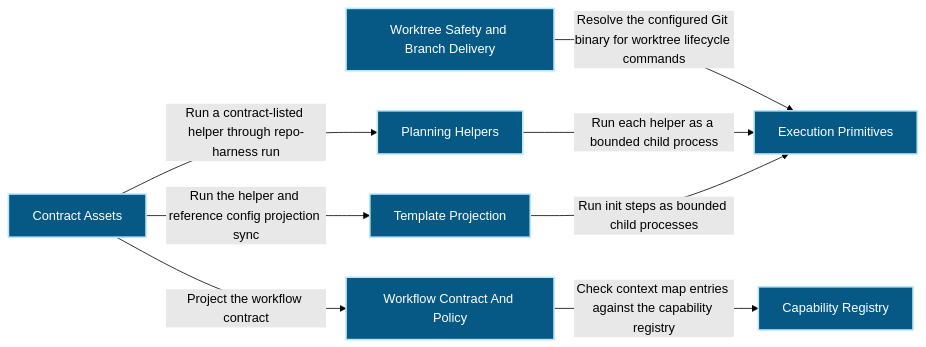
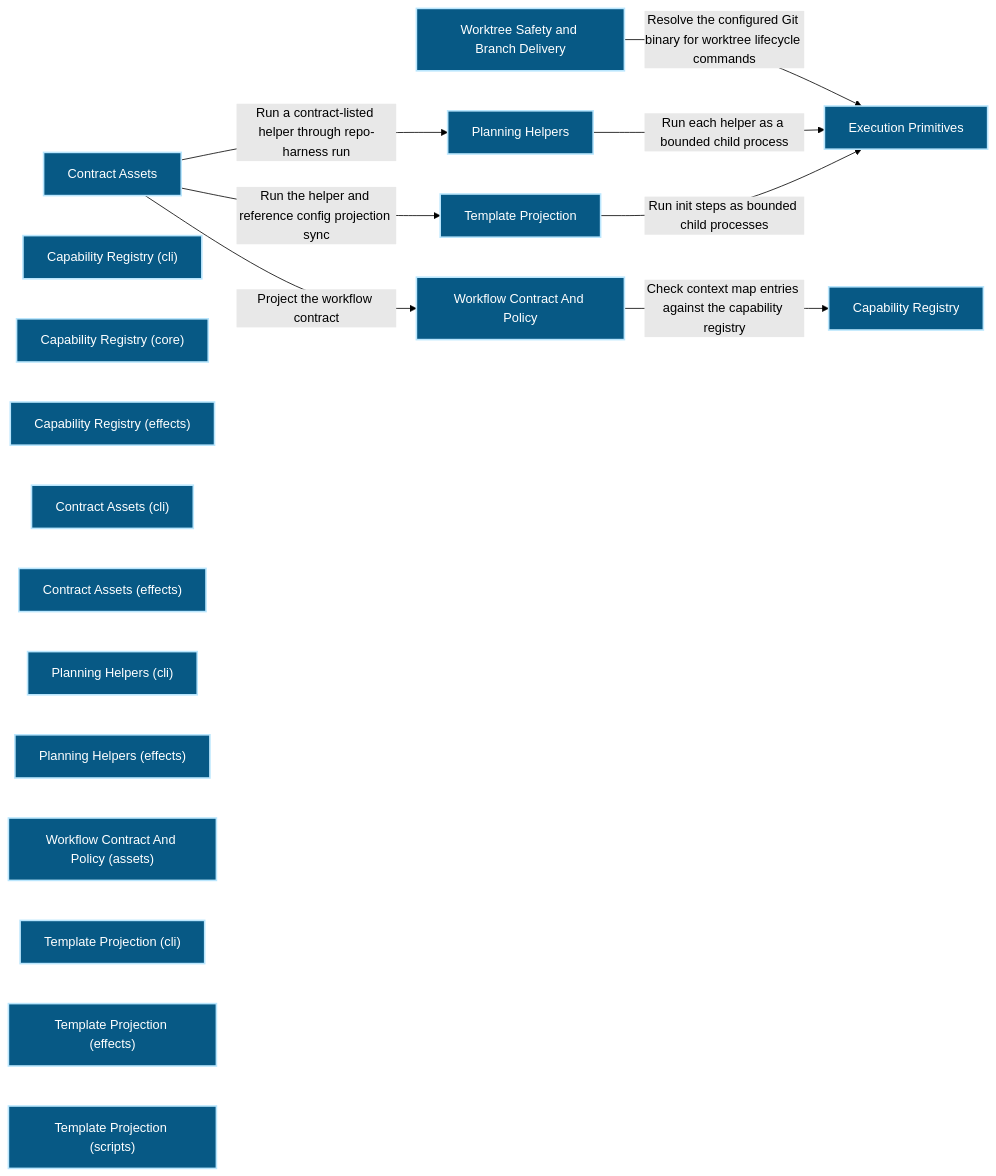
The first of 3 diagrams in docs/architecture/modules/workflow-engine/contract-assets.md (Ancienttwo/repo-harness), drawn with Mermaid (forest theme) before and after one commit. The commit also changed other lines of this file and 32 other files, not shown here.

First line of the commit message:
chore(projection): refresh generated architecture outputs for main@4c37d26d25c7

````diff
--- a/docs/architecture/modules/workflow-engine/contract-assets.md
+++ b/docs/architecture/modules/workflow-engine/contract-assets.md
@@ -15,21 +15,32 @@
 ```mermaid
 flowchart LR
   p1_capability_workflow_engine_contract_assets_c7ab122d["Contract Assets"]:::component
   p1_capability_workflow_engine_execution_primitives_b3033934["Execution Primitives"]:::component
   p1_component_contract_assets_capability_registry_87c3dd18["Capability Registry"]:::component
+  p1_component_contract_assets_capability_registry_cli_2b3df796["Capability Registry (cli)"]:::component
+  p1_component_contract_assets_capability_registry_core_31561a08["Capability Registry (core)"]:::component
+  p1_component_contract_assets_capability_registry_effects_691a8423["Capability Registry (effects)"]:::component
+  p1_component_contract_assets_cli_layer_90bb6fa4["Contract Assets (cli)"]:::component
   p1_component_contract_assets_contract_worktree_lifecycle_5cb413df["Worktree Safety and Branch Delivery"]:::component
+  p1_component_contract_assets_effects_layer_03f9e65c["Contract Assets (effects)"]:::component
   p1_component_contract_assets_planning_helpers_7600c3e5["Planning Helpers"]:::component
+  p1_component_contract_assets_planning_helpers_cli_8bc2bdf7["Planning Helpers (cli)"]:::component
+  p1_component_contract_assets_planning_helpers_effects_57f98a5d["Planning Helpers (effects)"]:::component
   p1_component_contract_assets_primary_21097608["Workflow Contract And Policy"]:::component
+  p1_component_contract_assets_primary_assets_2781b8e0["Workflow Contract And Policy (assets)"]:::component
   p1_component_contract_assets_template_projection_e6aa176d["Template Projection"]:::component
+  p1_component_contract_assets_template_projection_cli_568c10ed["Template Projection (cli)"]:::component
+  p1_component_contract_assets_template_projection_effects_b7613afa["Template Projection (effects)"]:::component
+  p1_component_contract_assets_template_projection_scripts_e75fee1f["Template Projection (scripts)"]:::component
   p1_component_contract_assets_contract_worktree_lifecycle_5cb413df -->|"Resolve the configured Git binary for worktree lifecycle commands"| p1_capability_workflow_engine_execution_primitives_b3033934
   p1_capability_workflow_engine_contract_assets_c7ab122d -->|"Run a contract-listed helper through repo-harness run"| p1_component_contract_assets_planning_helpers_7600c3e5
   p1_component_contract_assets_planning_helpers_7600c3e5 -->|"Run each helper as a bounded child process"| p1_capability_workflow_engine_execution_primitives_b3033934
   p1_capability_workflow_engine_contract_assets_c7ab122d -->|"Project the workflow contract"| p1_component_contract_assets_primary_21097608
   p1_component_contract_assets_primary_21097608 -->|"Check context map entries against the capability registry"| p1_component_contract_assets_capability_registry_87c3dd18
   p1_capability_workflow_engine_contract_assets_c7ab122d -->|"Run the helper and reference config projection sync"| p1_component_contract_assets_template_projection_e6aa176d
   p1_component_contract_assets_template_projection_e6aa176d -->|"Run init steps as bounded child processes"| p1_capability_workflow_engine_execution_primitives_b3033934
   classDef actor fill:#111827,color:#ffffff,stroke:#f9fafb,stroke-width:2px
   classDef component fill:#075985,color:#ffffff,stroke:#bae6fd,stroke-width:2px
   classDef datastore fill:#3f6212,color:#ffffff,stroke:#d9f99d,stroke-width:2px
   classDef external fill:#7c2d12,color:#ffffff,stroke:#fed7aa,stroke-width:2px
 ```
````
